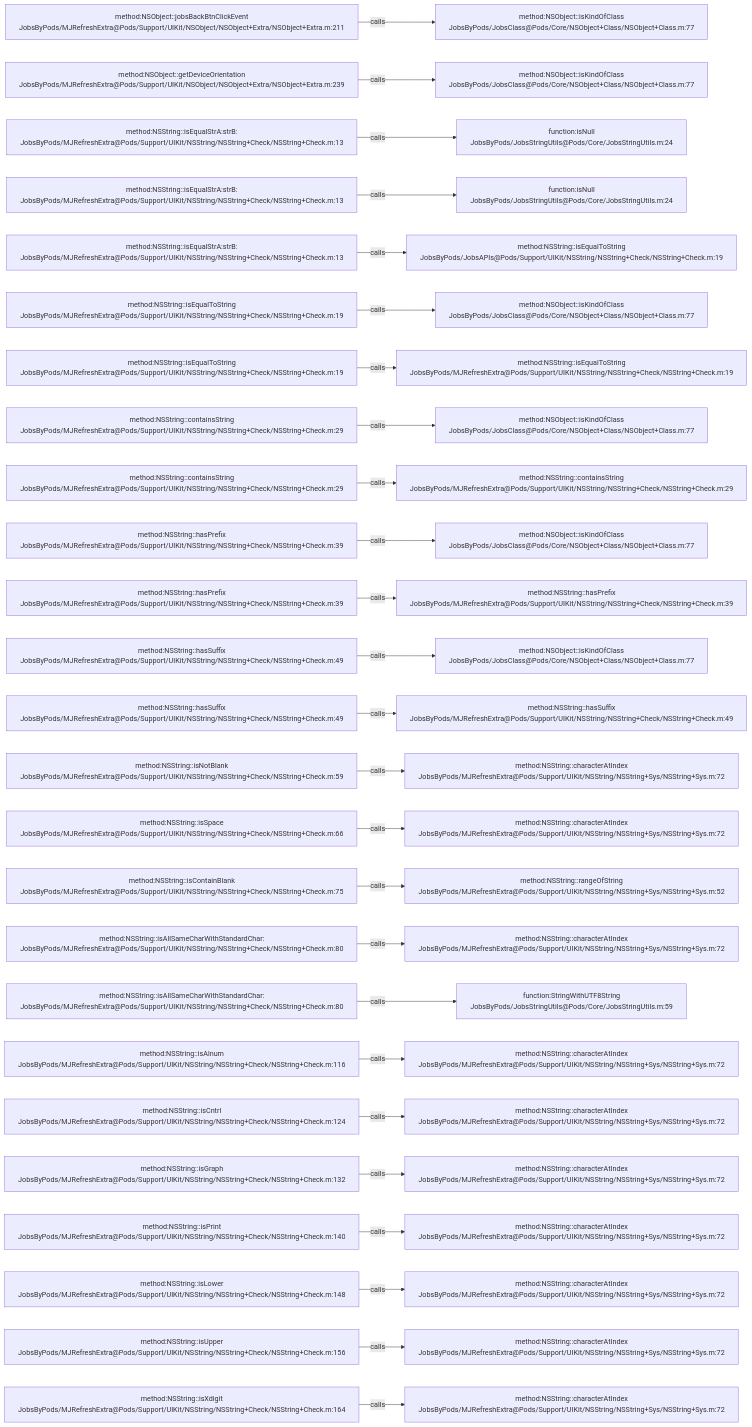
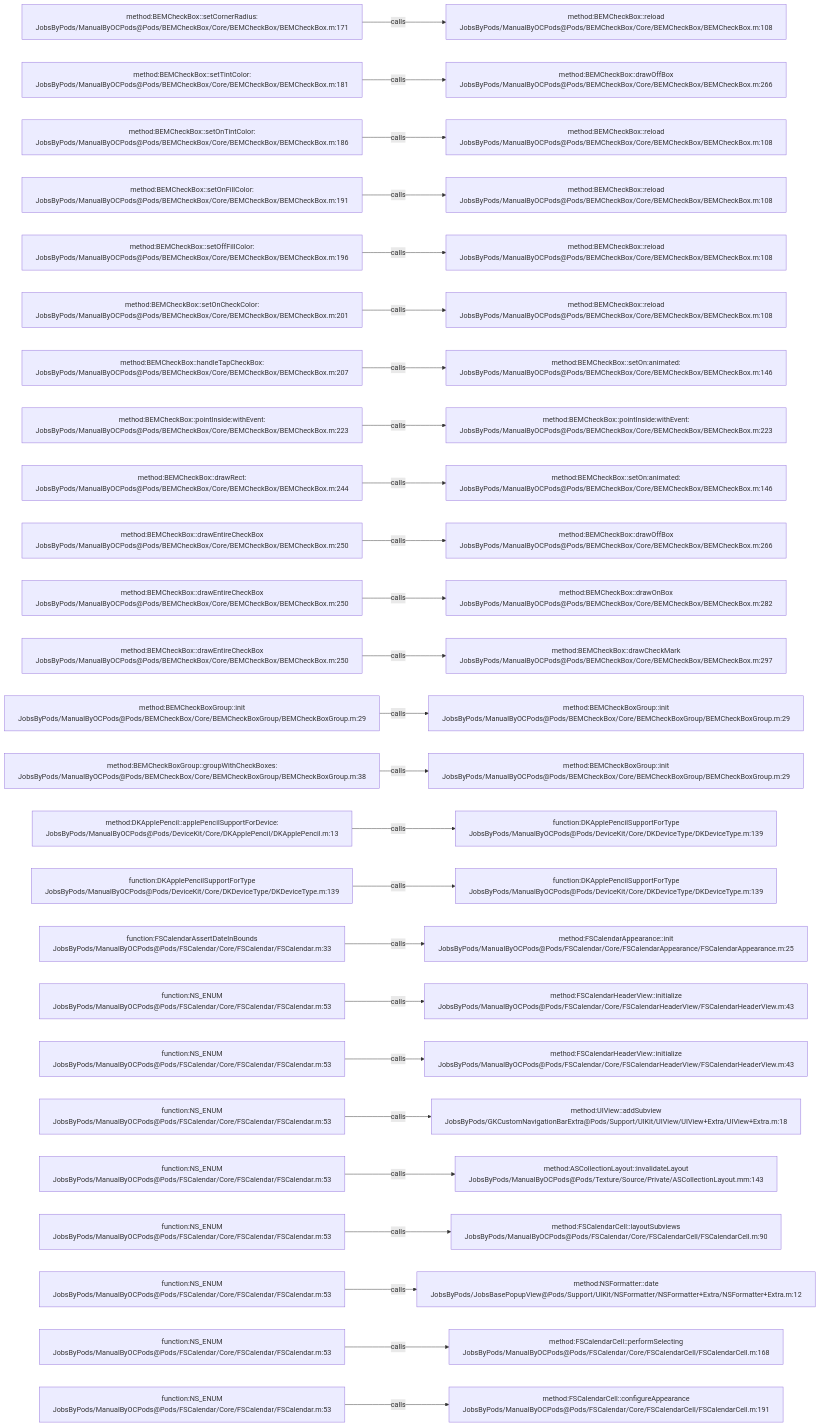
The diagram in .codegraph/codegraph.md/graphs/calls-177.md (JobsKits/JobsOCBaseConfigDemo), drawn with Mermaid before and after one commit. The commit also changed 639 other files, not shown here.

````diff
--- a/.codegraph/codegraph.md/graphs/calls-177.md
+++ b/.codegraph/codegraph.md/graphs/calls-177.md
@@ -13,78 +13,78 @@
 ```mermaid
 flowchart LR
-  S1["method:NSObject::jobsBackBtnClickEvent<br/>JobsByPods/MJRefreshExtra@Pods/Support/UIKit/NSObject/NSObject+Extra/NSObject+Extra.m:211"]
-  T1["method:NSObject::isKindOfClass<br/>JobsByPods/JobsClass@Pods/Core/NSObject+Class/NSObject+Class.m:77"]
+  S1["method:BEMCheckBox::setCornerRadius:<br/>JobsByPods/ManualByOCPods@Pods/BEMCheckBox/Core/BEMCheckBox/BEMCheckBox.m:171"]
+  T1["method:BEMCheckBox::reload<br/>JobsByPods/ManualByOCPods@Pods/BEMCheckBox/Core/BEMCheckBox/BEMCheckBox.m:108"]
   S1 -->|calls| T1
-  S2["method:NSObject::getDeviceOrientation<br/>JobsByPods/MJRefreshExtra@Pods/Support/UIKit/NSObject/NSObject+Extra/NSObject+Extra.m:239"]
-  T2["method:NSObject::isKindOfClass<br/>JobsByPods/JobsClass@Pods/Core/NSObject+Class/NSObject+Class.m:77"]
+  S2["method:BEMCheckBox::setTintColor:<br/>JobsByPods/ManualByOCPods@Pods/BEMCheckBox/Core/BEMCheckBox/BEMCheckBox.m:181"]
+  T2["method:BEMCheckBox::drawOffBox<br/>JobsByPods/ManualByOCPods@Pods/BEMCheckBox/Core/BEMCheckBox/BEMCheckBox.m:266"]
   S2 -->|calls| T2
-  S3["method:NSString::isEqualStrA:strB:<br/>JobsByPods/MJRefreshExtra@Pods/Support/UIKit/NSString/NSString+Check/NSString+Check.m:13"]
-  T3["function:isNull<br/>JobsByPods/JobsStringUtils@Pods/Core/JobsStringUtils.m:24"]
+  S3["method:BEMCheckBox::setOnTintColor:<br/>JobsByPods/ManualByOCPods@Pods/BEMCheckBox/Core/BEMCheckBox/BEMCheckBox.m:186"]
+  T3["method:BEMCheckBox::reload<br/>JobsByPods/ManualByOCPods@Pods/BEMCheckBox/Core/BEMCheckBox/BEMCheckBox.m:108"]
   S3 -->|calls| T3
-  S4["method:NSString::isEqualStrA:strB:<br/>JobsByPods/MJRefreshExtra@Pods/Support/UIKit/NSString/NSString+Check/NSString+Check.m:13"]
-  T4["function:isNull<br/>JobsByPods/JobsStringUtils@Pods/Core/JobsStringUtils.m:24"]
+  S4["method:BEMCheckBox::setOnFillColor:<br/>JobsByPods/ManualByOCPods@Pods/BEMCheckBox/Core/BEMCheckBox/BEMCheckBox.m:191"]
+  T4["method:BEMCheckBox::reload<br/>JobsByPods/ManualByOCPods@Pods/BEMCheckBox/Core/BEMCheckBox/BEMCheckBox.m:108"]
   S4 -->|calls| T4
-  S5["method:NSString::isEqualStrA:strB:<br/>JobsByPods/MJRefreshExtra@Pods/Support/UIKit/NSString/NSString+Check/NSString+Check.m:13"]
-  T5["method:NSString::isEqualToString<br/>JobsByPods/JobsAPIs@Pods/Support/UIKit/NSString/NSString+Check/NSString+Check.m:19"]
+  S5["method:BEMCheckBox::setOffFillColor:<br/>JobsByPods/ManualByOCPods@Pods/BEMCheckBox/Core/BEMCheckBox/BEMCheckBox.m:196"]
+  T5["method:BEMCheckBox::reload<br/>JobsByPods/ManualByOCPods@Pods/BEMCheckBox/Core/BEMCheckBox/BEMCheckBox.m:108"]
   S5 -->|calls| T5
-  S6["method:NSString::isEqualToString<br/>JobsByPods/MJRefreshExtra@Pods/Support/UIKit/NSString/NSString+Check/NSString+Check.m:19"]
-  T6["method:NSObject::isKindOfClass<br/>JobsByPods/JobsClass@Pods/Core/NSObject+Class/NSObject+Class.m:77"]
+  S6["method:BEMCheckBox::setOnCheckColor:<br/>JobsByPods/ManualByOCPods@Pods/BEMCheckBox/Core/BEMCheckBox/BEMCheckBox.m:201"]
+  T6["method:BEMCheckBox::reload<br/>JobsByPods/ManualByOCPods@Pods/BEMCheckBox/Core/BEMCheckBox/BEMCheckBox.m:108"]
   S6 -->|calls| T6
-  S7["method:NSString::isEqualToString<br/>JobsByPods/MJRefreshExtra@Pods/Support/UIKit/NSString/NSString+Check/NSString+Check.m:19"]
-  T7["method:NSString::isEqualToString<br/>JobsByPods/MJRefreshExtra@Pods/Support/UIKit/NSString/NSString+Check/NSString+Check.m:19"]
+  S7["method:BEMCheckBox::handleTapCheckBox:<br/>JobsByPods/ManualByOCPods@Pods/BEMCheckBox/Core/BEMCheckBox/BEMCheckBox.m:207"]
+  T7["method:BEMCheckBox::setOn:animated:<br/>JobsByPods/ManualByOCPods@Pods/BEMCheckBox/Core/BEMCheckBox/BEMCheckBox.m:146"]
   S7 -->|calls| T7
-  S8["method:NSString::containsString<br/>JobsByPods/MJRefreshExtra@Pods/Support/UIKit/NSString/NSString+Check/NSString+Check.m:29"]
-  T8["method:NSObject::isKindOfClass<br/>JobsByPods/JobsClass@Pods/Core/NSObject+Class/NSObject+Class.m:77"]
+  S8["method:BEMCheckBox::pointInside:withEvent:<br/>JobsByPods/ManualByOCPods@Pods/BEMCheckBox/Core/BEMCheckBox/BEMCheckBox.m:223"]
+  T8["method:BEMCheckBox::pointInside:withEvent:<br/>JobsByPods/ManualByOCPods@Pods/BEMCheckBox/Core/BEMCheckBox/BEMCheckBox.m:223"]
   S8 -->|calls| T8
-  S9["method:NSString::containsString<br/>JobsByPods/MJRefreshExtra@Pods/Support/UIKit/NSString/NSString+Check/NSString+Check.m:29"]
-  T9["method:NSString::containsString<br/>JobsByPods/MJRefreshExtra@Pods/Support/UIKit/NSString/NSString+Check/NSString+Check.m:29"]
+  S9["method:BEMCheckBox::drawRect:<br/>JobsByPods/ManualByOCPods@Pods/BEMCheckBox/Core/BEMCheckBox/BEMCheckBox.m:244"]
+  T9["method:BEMCheckBox::setOn:animated:<br/>JobsByPods/ManualByOCPods@Pods/BEMCheckBox/Core/BEMCheckBox/BEMCheckBox.m:146"]
   S9 -->|calls| T9
-  S10["method:NSString::hasPrefix<br/>JobsByPods/MJRefreshExtra@Pods/Support/UIKit/NSString/NSString+Check/NSString+Check.m:39"]
-  T10["method:NSObject::isKindOfClass<br/>JobsByPods/JobsClass@Pods/Core/NSObject+Class/NSObject+Class.m:77"]
+  S10["method:BEMCheckBox::drawEntireCheckBox<br/>JobsByPods/ManualByOCPods@Pods/BEMCheckBox/Core/BEMCheckBox/BEMCheckBox.m:250"]
+  T10["method:BEMCheckBox::drawOffBox<br/>JobsByPods/ManualByOCPods@Pods/BEMCheckBox/Core/BEMCheckBox/BEMCheckBox.m:266"]
   S10 -->|calls| T10
-  S11["method:NSString::hasPrefix<br/>JobsByPods/MJRefreshExtra@Pods/Support/UIKit/NSString/NSString+Check/NSString+Check.m:39"]
-  T11["method:NSString::hasPrefix<br/>JobsByPods/MJRefreshExtra@Pods/Support/UIKit/NSString/NSString+Check/NSString+Check.m:39"]
+  S11["method:BEMCheckBox::drawEntireCheckBox<br/>JobsByPods/ManualByOCPods@Pods/BEMCheckBox/Core/BEMCheckBox/BEMCheckBox.m:250"]
+  T11["method:BEMCheckBox::drawOnBox<br/>JobsByPods/ManualByOCPods@Pods/BEMCheckBox/Core/BEMCheckBox/BEMCheckBox.m:282"]
   S11 -->|calls| T11
-  S12["method:NSString::hasSuffix<br/>JobsByPods/MJRefreshExtra@Pods/Support/UIKit/NSString/NSString+Check/NSString+Check.m:49"]
-  T12["method:NSObject::isKindOfClass<br/>JobsByPods/JobsClass@Pods/Core/NSObject+Class/NSObject+Class.m:77"]
+  S12["method:BEMCheckBox::drawEntireCheckBox<br/>JobsByPods/ManualByOCPods@Pods/BEMCheckBox/Core/BEMCheckBox/BEMCheckBox.m:250"]
+  T12["method:BEMCheckBox::drawCheckMark<br/>JobsByPods/ManualByOCPods@Pods/BEMCheckBox/Core/BEMCheckBox/BEMCheckBox.m:297"]
   S12 -->|calls| T12
-  S13["method:NSString::hasSuffix<br/>JobsByPods/MJRefreshExtra@Pods/Support/UIKit/NSString/NSString+Check/NSString+Check.m:49"]
-  T13["method:NSString::hasSuffix<br/>JobsByPods/MJRefreshExtra@Pods/Support/UIKit/NSString/NSString+Check/NSString+Check.m:49"]
+  S13["method:BEMCheckBoxGroup::init<br/>JobsByPods/ManualByOCPods@Pods/BEMCheckBox/Core/BEMCheckBoxGroup/BEMCheckBoxGroup.m:29"]
+  T13["method:BEMCheckBoxGroup::init<br/>JobsByPods/ManualByOCPods@Pods/BEMCheckBox/Core/BEMCheckBoxGroup/BEMCheckBoxGroup.m:29"]
   S13 -->|calls| T13
-  S14["method:NSString::isNotBlank<br/>JobsByPods/MJRefreshExtra@Pods/Support/UIKit/NSString/NSString+Check/NSString+Check.m:59"]
-  T14["method:NSString::characterAtIndex<br/>JobsByPods/MJRefreshExtra@Pods/Support/UIKit/NSString/NSString+Sys/NSString+Sys.m:72"]
+  S14["method:BEMCheckBoxGroup::groupWithCheckBoxes:<br/>JobsByPods/ManualByOCPods@Pods/BEMCheckBox/Core/BEMCheckBoxGroup/BEMCheckBoxGroup.m:38"]
+  T14["method:BEMCheckBoxGroup::init<br/>JobsByPods/ManualByOCPods@Pods/BEMCheckBox/Core/BEMCheckBoxGroup/BEMCheckBoxGroup.m:29"]
   S14 -->|calls| T14
-  S15["method:NSString::isSpace<br/>JobsByPods/MJRefreshExtra@Pods/Support/UIKit/NSString/NSString+Check/NSString+Check.m:66"]
-  T15["method:NSString::characterAtIndex<br/>JobsByPods/MJRefreshExtra@Pods/Support/UIKit/NSString/NSString+Sys/NSString+Sys.m:72"]
+  S15["method:DKApplePencil::applePencilSupportForDevice:<br/>JobsByPods/ManualByOCPods@Pods/DeviceKit/Core/DKApplePencil/DKApplePencil.m:13"]
+  T15["function:DKApplePencilSupportForType<br/>JobsByPods/ManualByOCPods@Pods/DeviceKit/Core/DKDeviceType/DKDeviceType.m:139"]
   S15 -->|calls| T15
-  S16["method:NSString::isContainBlank<br/>JobsByPods/MJRefreshExtra@Pods/Support/UIKit/NSString/NSString+Check/NSString+Check.m:75"]
-  T16["method:NSString::rangeOfString<br/>JobsByPods/MJRefreshExtra@Pods/Support/UIKit/NSString/NSString+Sys/NSString+Sys.m:52"]
+  S16["function:DKApplePencilSupportForType<br/>JobsByPods/ManualByOCPods@Pods/DeviceKit/Core/DKDeviceType/DKDeviceType.m:139"]
+  T16["function:DKApplePencilSupportForType<br/>JobsByPods/ManualByOCPods@Pods/DeviceKit/Core/DKDeviceType/DKDeviceType.m:139"]
   S16 -->|calls| T16
-  S17["method:NSString::isAllSameCharWithStandardChar:<br/>JobsByPods/MJRefreshExtra@Pods/Support/UIKit/NSString/NSString+Check/NSString+Check.m:80"]
-  T17["method:NSString::characterAtIndex<br/>JobsByPods/MJRefreshExtra@Pods/Support/UIKit/NSString/NSString+Sys/NSString+Sys.m:72"]
+  S17["function:FSCalendarAssertDateInBounds<br/>JobsByPods/ManualByOCPods@Pods/FSCalendar/Core/FSCalendar/FSCalendar.m:33"]
+  T17["method:FSCalendarAppearance::init<br/>JobsByPods/ManualByOCPods@Pods/FSCalendar/Core/FSCalendarAppearance/FSCalendarAppearance.m:25"]
   S17 -->|calls| T17
-  S18["method:NSString::isAllSameCharWithStandardChar:<br/>JobsByPods/MJRefreshExtra@Pods/Support/UIKit/NSString/NSString+Check/NSString+Check.m:80"]
-  T18["function:StringWithUTF8String<br/>JobsByPods/JobsStringUtils@Pods/Core/JobsStringUtils.m:59"]
+  S18["function:NS_ENUM<br/>JobsByPods/ManualByOCPods@Pods/FSCalendar/Core/FSCalendar/FSCalendar.m:53"]
+  T18["method:FSCalendarHeaderView::initialize<br/>JobsByPods/ManualByOCPods@Pods/FSCalendar/Core/FSCalendarHeaderView/FSCalendarHeaderView.m:43"]
   S18 -->|calls| T18
-  S19["method:NSString::isAlnum<br/>JobsByPods/MJRefreshExtra@Pods/Support/UIKit/NSString/NSString+Check/NSString+Check.m:116"]
-  T19["method:NSString::characterAtIndex<br/>JobsByPods/MJRefreshExtra@Pods/Support/UIKit/NSString/NSString+Sys/NSString+Sys.m:72"]
+  S19["function:NS_ENUM<br/>JobsByPods/ManualByOCPods@Pods/FSCalendar/Core/FSCalendar/FSCalendar.m:53"]
+  T19["method:FSCalendarHeaderView::initialize<br/>JobsByPods/ManualByOCPods@Pods/FSCalendar/Core/FSCalendarHeaderView/FSCalendarHeaderView.m:43"]
   S19 -->|calls| T19
-  S20["method:NSString::isCntrl<br/>JobsByPods/MJRefreshExtra@Pods/Support/UIKit/NSString/NSString+Check/NSString+Check.m:124"]
-  T20["method:NSString::characterAtIndex<br/>JobsByPods/MJRefreshExtra@Pods/Support/UIKit/NSString/NSString+Sys/NSString+Sys.m:72"]
+  S20["function:NS_ENUM<br/>JobsByPods/ManualByOCPods@Pods/FSCalendar/Core/FSCalendar/FSCalendar.m:53"]
+  T20["method:UIView::addSubview<br/>JobsByPods/GKCustomNavigationBarExtra@Pods/Support/UIKit/UIView/UIView+Extra/UIView+Extra.m:18"]
   S20 -->|calls| T20
-  S21["method:NSString::isGraph<br/>JobsByPods/MJRefreshExtra@Pods/Support/UIKit/NSString/NSString+Check/NSString+Check.m:132"]
-  T21["method:NSString::characterAtIndex<br/>JobsByPods/MJRefreshExtra@Pods/Support/UIKit/NSString/NSString+Sys/NSString+Sys.m:72"]
+  S21["function:NS_ENUM<br/>JobsByPods/ManualByOCPods@Pods/FSCalendar/Core/FSCalendar/FSCalendar.m:53"]
+  T21["method:ASCollectionLayout::invalidateLayout<br/>JobsByPods/ManualByOCPods@Pods/Texture/Source/Private/ASCollectionLayout.mm:143"]
   S21 -->|calls| T21
-  S22["method:NSString::isPrint<br/>JobsByPods/MJRefreshExtra@Pods/Support/UIKit/NSString/NSString+Check/NSString+Check.m:140"]
-  T22["method:NSString::characterAtIndex<br/>JobsByPods/MJRefreshExtra@Pods/Support/UIKit/NSString/NSString+Sys/NSString+Sys.m:72"]
+  S22["function:NS_ENUM<br/>JobsByPods/ManualByOCPods@Pods/FSCalendar/Core/FSCalendar/FSCalendar.m:53"]
+  T22["method:FSCalendarCell::layoutSubviews<br/>JobsByPods/ManualByOCPods@Pods/FSCalendar/Core/FSCalendarCell/FSCalendarCell.m:90"]
   S22 -->|calls| T22
-  S23["method:NSString::isLower<br/>JobsByPods/MJRefreshExtra@Pods/Support/UIKit/NSString/NSString+Check/NSString+Check.m:148"]
-  T23["method:NSString::characterAtIndex<br/>JobsByPods/MJRefreshExtra@Pods/Support/UIKit/NSString/NSString+Sys/NSString+Sys.m:72"]
+  S23["function:NS_ENUM<br/>JobsByPods/ManualByOCPods@Pods/FSCalendar/Core/FSCalendar/FSCalendar.m:53"]
+  T23["method:NSFormatter::date<br/>JobsByPods/JobsBasePopupView@Pods/Support/UIKit/NSFormatter/NSFormatter+Extra/NSFormatter+Extra.m:12"]
   S23 -->|calls| T23
-  S24["method:NSString::isUpper<br/>JobsByPods/MJRefreshExtra@Pods/Support/UIKit/NSString/NSString+Check/NSString+Check.m:156"]
-  T24["method:NSString::characterAtIndex<br/>JobsByPods/MJRefreshExtra@Pods/Support/UIKit/NSString/NSString+Sys/NSString+Sys.m:72"]
+  S24["function:NS_ENUM<br/>JobsByPods/ManualByOCPods@Pods/FSCalendar/Core/FSCalendar/FSCalendar.m:53"]
+  T24["method:FSCalendarCell::performSelecting<br/>JobsByPods/ManualByOCPods@Pods/FSCalendar/Core/FSCalendarCell/FSCalendarCell.m:168"]
   S24 -->|calls| T24
-  S25["method:NSString::isXdigit<br/>JobsByPods/MJRefreshExtra@Pods/Support/UIKit/NSString/NSString+Check/NSString+Check.m:164"]
-  T25["method:NSString::characterAtIndex<br/>JobsByPods/MJRefreshExtra@Pods/Support/UIKit/NSString/NSString+Sys/NSString+Sys.m:72"]
+  S25["function:NS_ENUM<br/>JobsByPods/ManualByOCPods@Pods/FSCalendar/Core/FSCalendar/FSCalendar.m:53"]
+  T25["method:FSCalendarCell::configureAppearance<br/>JobsByPods/ManualByOCPods@Pods/FSCalendar/Core/FSCalendarCell/FSCalendarCell.m:191"]
   S25 -->|calls| T25
 ```
````
